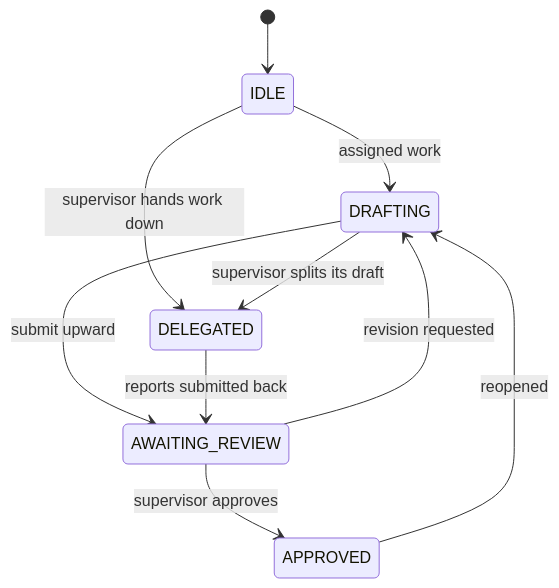
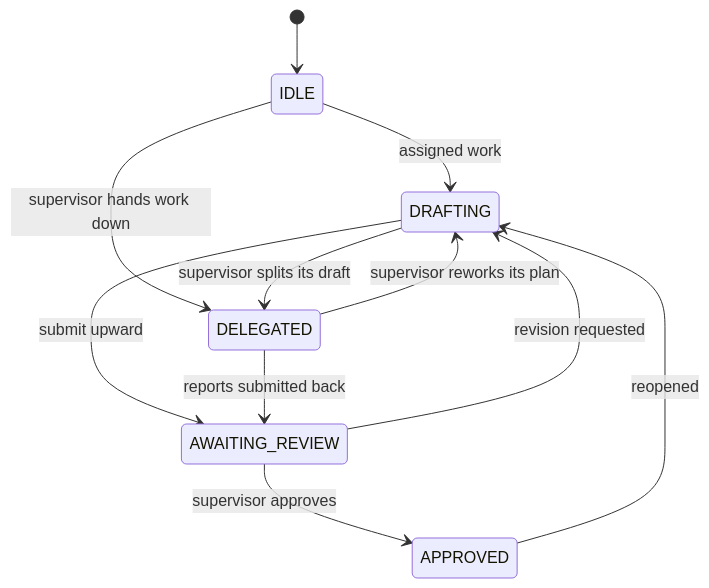
The diagram in archi-v2/docs/04-agent-lifecycle.md (Deepanshu1003/ARCHI), drawn with Mermaid before and after one commit. The commit also changed other lines of this file and 12 other files, not shown here.

````diff
--- a/archi-v2/docs/04-agent-lifecycle.md
+++ b/archi-v2/docs/04-agent-lifecycle.md
@@ -6,12 +6,13 @@
 ```mermaid
 stateDiagram-v2
     [*] --> IDLE
     IDLE --> DRAFTING : assigned work
     IDLE --> DELEGATED : supervisor hands work down
     DRAFTING --> DELEGATED : supervisor splits its draft
     DRAFTING --> AWAITING_REVIEW : submit upward
+    DELEGATED --> DRAFTING : supervisor reworks its plan
     DELEGATED --> AWAITING_REVIEW : reports submitted back
     AWAITING_REVIEW --> DRAFTING : revision requested
     AWAITING_REVIEW --> APPROVED : supervisor approves
     APPROVED --> DRAFTING : reopened
 ```
````
